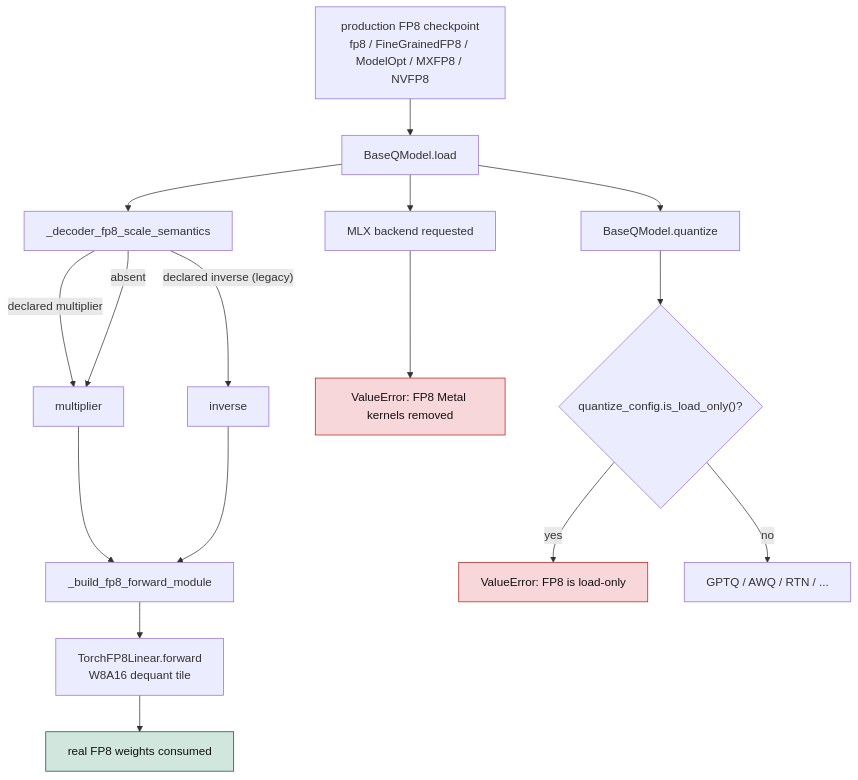
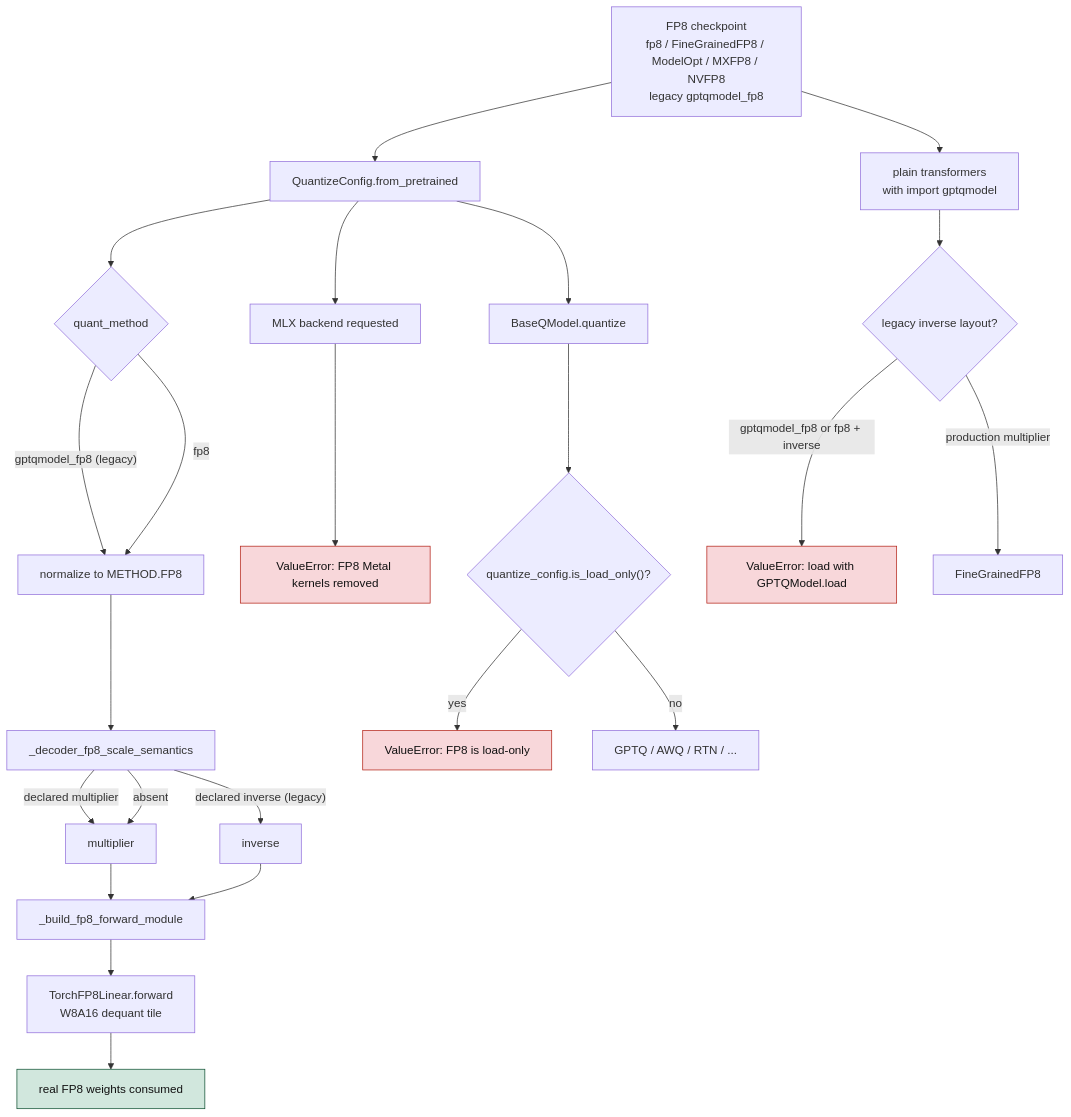
Before and after one commit to ModelCloud/GPTQModel: the second of 2 diagrams in docs/fp8-load-only.md, drawn with Mermaid. The commit also changed other lines of this file and 9 other files, not shown here.

First line of the commit message:
fix(fp8): read legacy gptqmodel_fp8 checkpoints (#5272)

````diff
--- a/docs/fp8-load-only.md
+++ b/docs/fp8-load-only.md
@@ -39,22 +42,29 @@
 ```mermaid
 flowchart TD
-    A["production FP8 checkpoint<br/>fp8 / FineGrainedFP8 / ModelOpt / MXFP8 / NVFP8"] --> B["BaseQModel.load"]
-    B --> C["_decoder_fp8_scale_semantics"]
+    A["FP8 checkpoint<br/>fp8 / FineGrainedFP8 / ModelOpt / MXFP8 / NVFP8<br/>legacy gptqmodel_fp8"] --> B["QuantizeConfig.from_pretrained"]
+    B --> A2{"quant_method"}
+    A2 -- "gptqmodel_fp8 (legacy)" --> A3["normalize to METHOD.FP8"]
+    A2 -- "fp8" --> A3
+    A3 --> C["_decoder_fp8_scale_semantics"]
     C -- "declared multiplier" --> D["multiplier"]
     C -- "declared inverse (legacy)" --> E["inverse"]
     C -- "absent" --> D
     D --> F["_build_fp8_forward_module"]
     E --> F
     F --> G["TorchFP8Linear.forward<br/>W8A16 dequant tile"]
     B --> M["MLX backend requested"]
     M --> N["ValueError: FP8 Metal kernels removed"]
     B --> H["BaseQModel.quantize"]
     H --> I{"quantize_config.is_load_only()?"}
     I -- yes --> J["ValueError: FP8 is load-only"]
     I -- no --> K["GPTQ / AWQ / RTN / ..."]
+    A --> O["plain transformers<br/>with import gptqmodel"]
+    O --> P{"legacy inverse layout?"}
+    P -- "gptqmodel_fp8 or fp8 + inverse" --> Q["ValueError: load with GPTQModel.load"]
+    P -- "production multiplier" --> R["FineGrainedFP8"]
     G --> L["real FP8 weights consumed"]
     classDef ok fill:#d1e7dd,stroke:#0f5132,color:#111;
     classDef failure fill:#f8d7da,stroke:#b42318,color:#111;
     class L ok
-    class J,N failure
+    class J,N,Q failure
 ```
````
